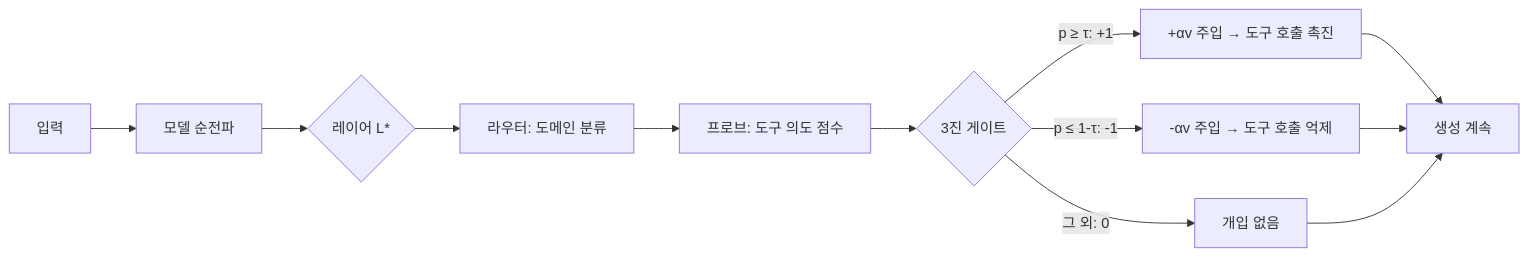
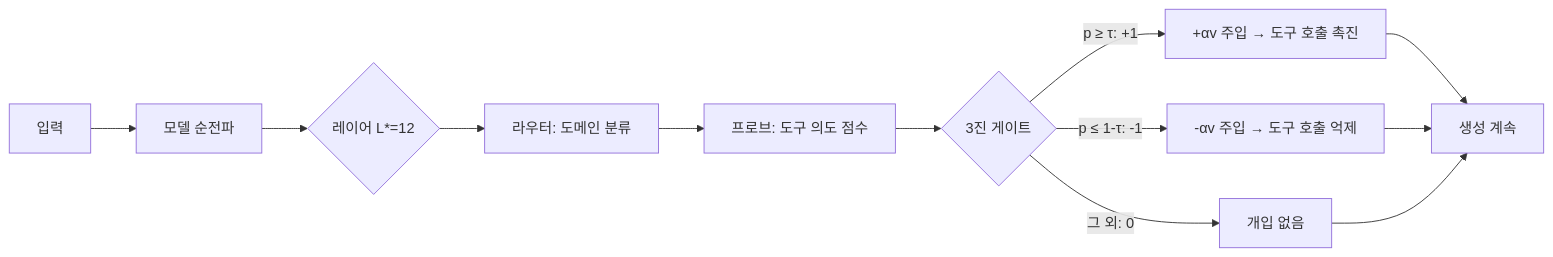
Before and after one commit to gyunggyung/Liquid-ASA: the diagram in README_KR.md, drawn with Mermaid. The commit also changed other lines of this file and 13 other files, not shown here.

````diff
--- a/README_KR.md
+++ b/README_KR.md
@@ -21,14 +89,14 @@
 ```mermaid
 graph LR
     A[입력] --> B[모델 순전파]
-    B --> C{레이어 L*}
+    B --> C{레이어 L*=12}
     C --> D[라우터: 도메인 분류]
     D --> E[프로브: 도구 의도 점수]
     E --> F{3진 게이트}
     F -->|p ≥ τ: +1| G[+αv 주입 → 도구 호출 촉진]
     F -->|p ≤ 1-τ: -1| H[-αv 주입 → 도구 호출 억제]
     F -->|그 외: 0| I[개입 없음]
     G --> J[생성 계속]
     H --> J
     I --> J
 ```
````
